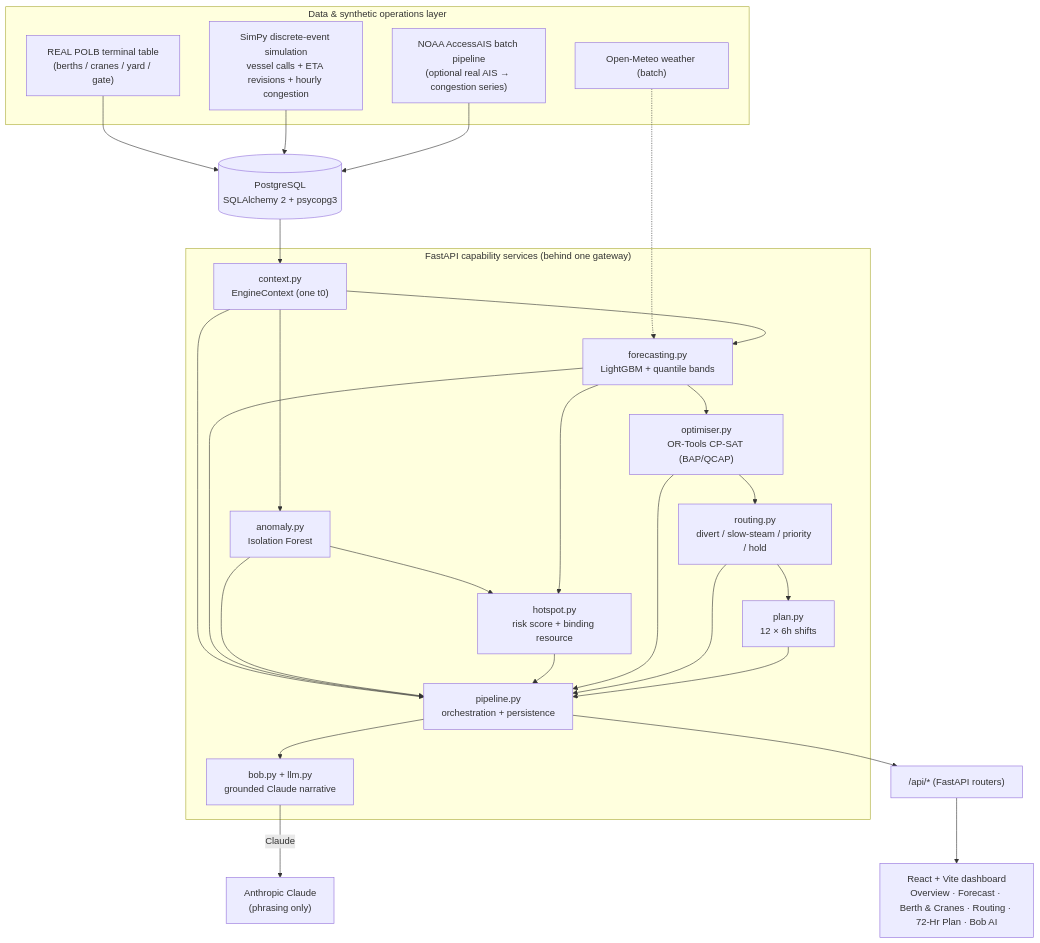
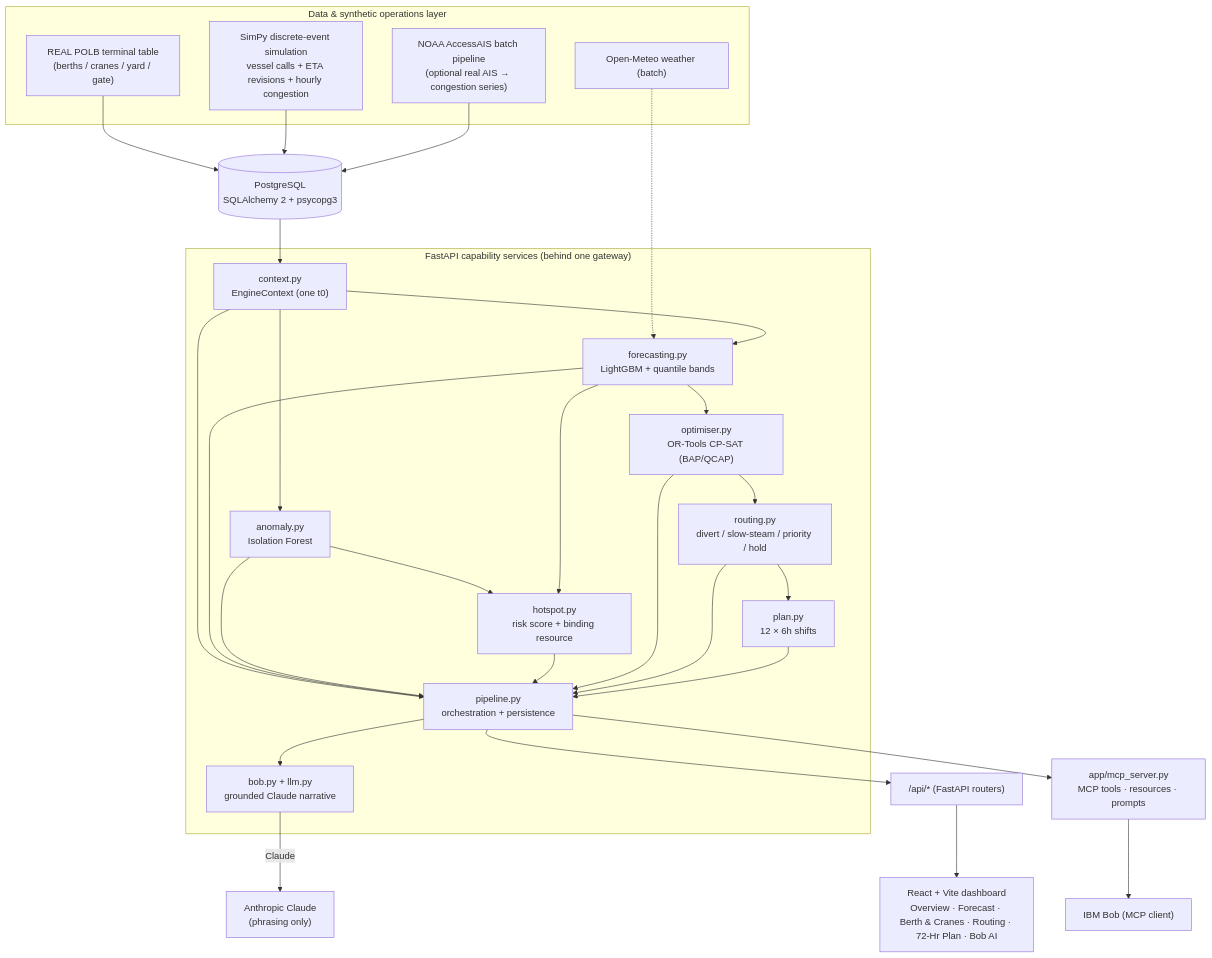
The diagram in docs/architecture.md (Aryan-B-Parikh/bob-ai-hackathon-elevatex), drawn with Mermaid before and after one commit. The commit also changed other lines of this file and 12 other files, not shown here.

First line of the commit message:
feat: expose the engines to IBM Bob via an MCP server (load-bearing Bob)

````diff
--- a/docs/architecture.md
+++ b/docs/architecture.md
@@ -9,45 +9,47 @@
 ```mermaid
 flowchart TB
     subgraph DATA["Data & synthetic operations layer"]
         REF["REAL POLB terminal table<br/>(berths / cranes / yard / gate)"]
         SIM["SimPy discrete-event simulation<br/>vessel calls + ETA revisions + hourly congestion"]
         AIS["NOAA AccessAIS batch pipeline<br/>(optional real AIS → congestion series)"]
         WX["Open-Meteo weather (batch)"]
     end
 
     DB[("PostgreSQL<br/>SQLAlchemy 2 + psycopg3")]
 
     subgraph SVC["FastAPI capability services (behind one gateway)"]
         CTX["context.py<br/>EngineContext (one t0)"]
         FC["forecasting.py<br/>LightGBM + quantile bands"]
         AN["anomaly.py<br/>Isolation Forest"]
         HS["hotspot.py<br/>risk score + binding resource"]
         OPT["optimiser.py<br/>OR-Tools CP-SAT (BAP/QCAP)"]
         RT["routing.py<br/>divert / slow-steam / priority / hold"]
         PL["plan.py<br/>12 × 6h shifts"]
         BOB["bob.py + llm.py<br/>grounded Claude narrative"]
         PIPE["pipeline.py<br/>orchestration + persistence"]
     end
 
     UI["React + Vite dashboard<br/>Overview · Forecast · Berth & Cranes · Routing · 72-Hr Plan · Bob AI"]
 
     REF --> DB
     SIM --> DB
     AIS --> DB
     WX -.-> FC
     DB --> CTX --> FC
     CTX --> AN --> HS
     FC --> HS
     FC --> OPT --> RT --> PL
     CTX --> PIPE
     FC --> PIPE
     AN --> PIPE
     HS --> PIPE
     OPT --> PIPE
     RT --> PIPE
     PL --> PIPE
     PIPE --> BOB
     BOB -->|Claude| LLM["Anthropic Claude<br/>(phrasing only)"]
     PIPE --> API["/api/* (FastAPI routers)"]
     API --> UI
+    PIPE --> MCP["app/mcp_server.py<br/>MCP tools · resources · prompts"]
+    MCP --> BOBAGENT["IBM Bob (MCP client)"]
 ```
````
